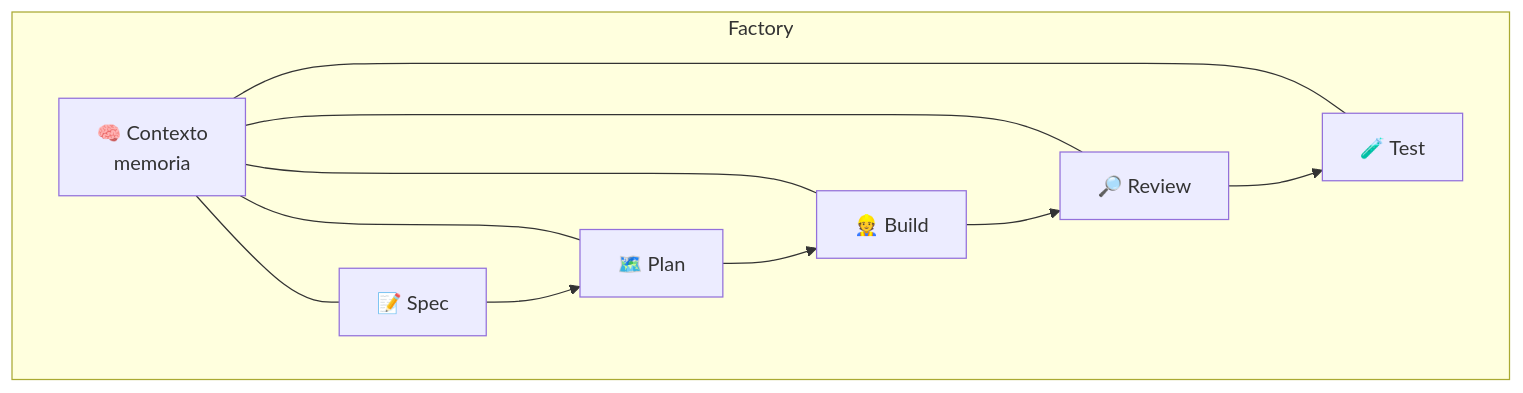
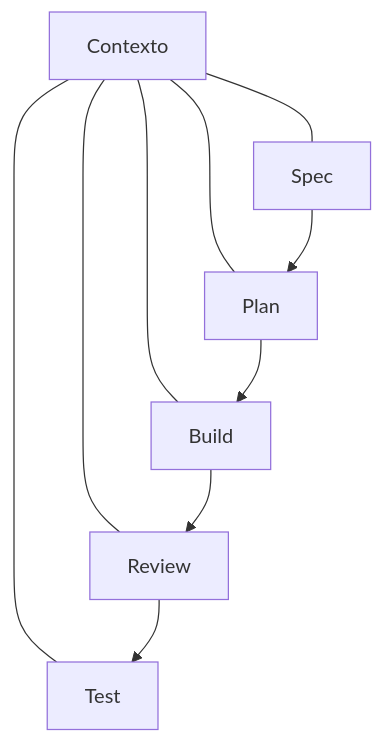
One commit to SERGIOIVORRA/Manual-Software-Factory-ES changed the fourth of 5 diagrams in README.md. Above: the diagram before and after it, drawn with Mermaid. The commit also changed other lines of this file and 4 other files, not shown here.

Commit message:
Put animated diagrams in the README itself

````diff
--- a/README.md
+++ b/README.md
@@ -48,17 +51,10 @@
 ```mermaid
 flowchart TB
-  subgraph Factory
-    C[🧠 Contexto\nmemoria]
-    SP[📝 Spec]
-    PL[🗺️ Plan]
-    DV[👷 Build]
-    RV[🔎 Review]
-    QA[🧪 Test]
-  end
-  C --- SP
-  C --- PL
-  C --- DV
-  C --- RV
-  C --- QA
+  C[Contexto]
+  C --- SP[Spec]
+  C --- PL[Plan]
+  C --- DV[Build]
+  C --- RV[Review]
+  C --- QA[Test]
   SP --> PL --> DV --> RV --> QA
 ```
````
